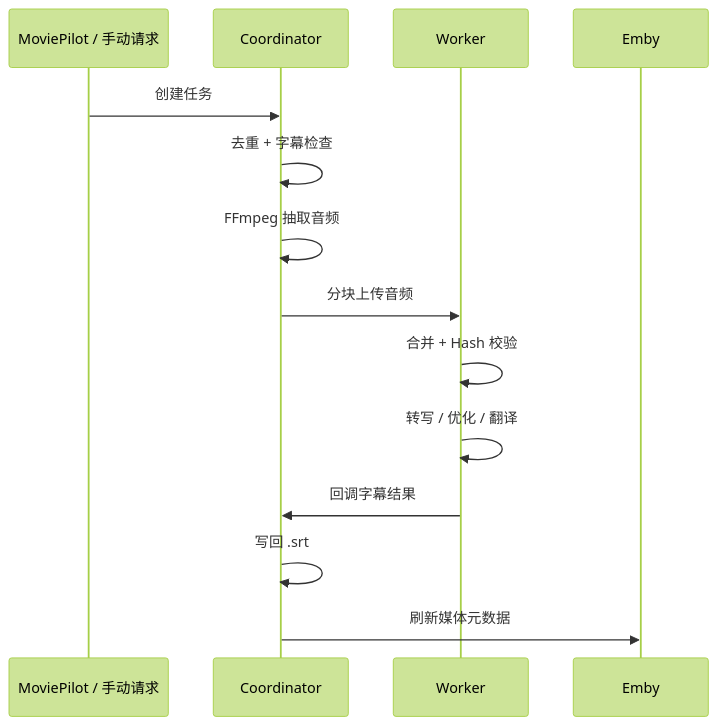
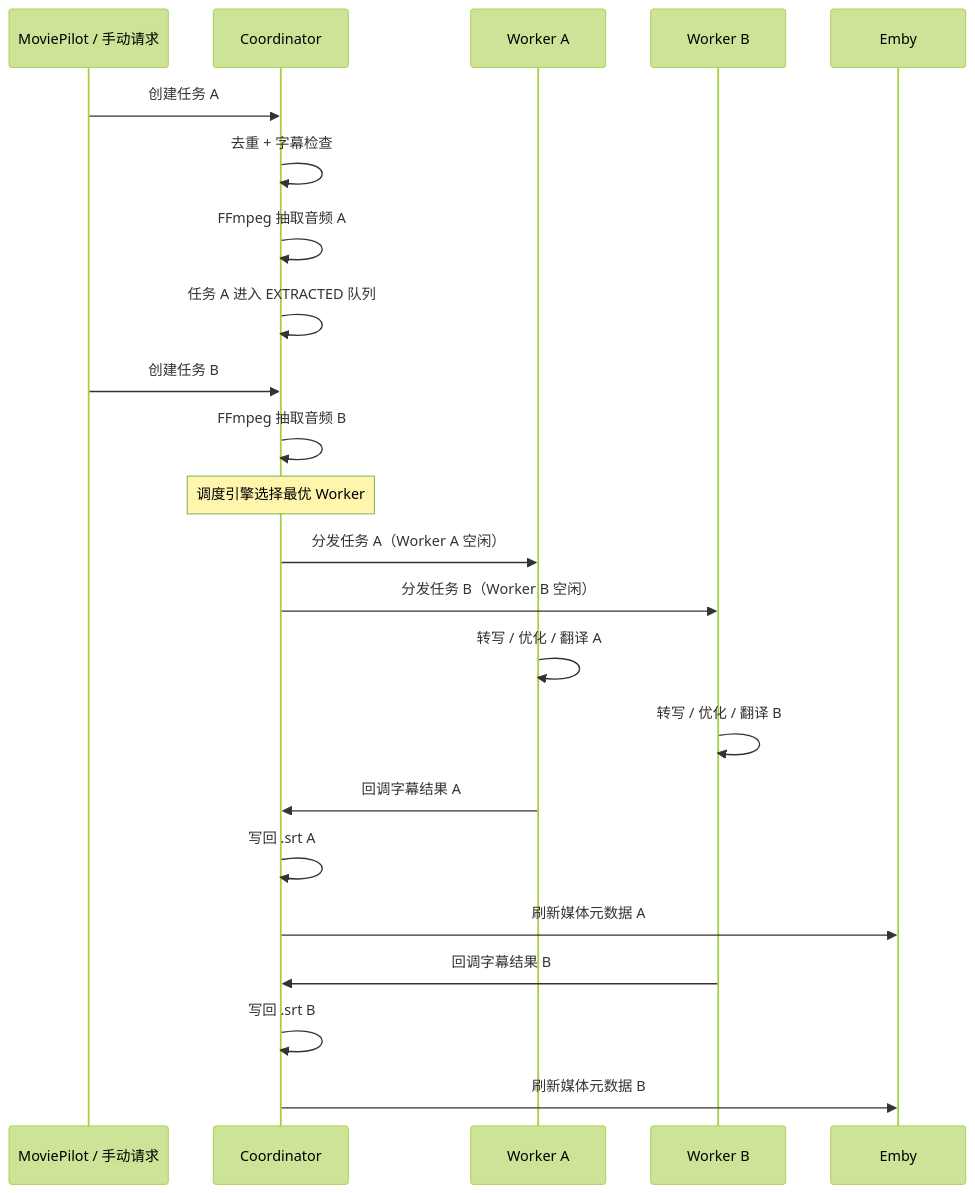
The second of 4 diagrams in docs/architecture.md (Magnoliar/SSUBB), drawn with Mermaid (forest theme) before and after one commit. The commit also changed other lines of this file and 29 other files, not shown here.

````diff
--- a/docs/architecture.md
+++ b/docs/architecture.md
@@ -101,17 +101,31 @@
 ```mermaid
 sequenceDiagram
     participant MP as MoviePilot / 手动请求
     participant C as Coordinator
-    participant W as Worker
+    participant WA as Worker A
+    participant WB as Worker B
     participant E as Emby
 
-    MP->>C: 创建任务
+    MP->>C: 创建任务 A
     C->>C: 去重 + 字幕检查
-    C->>C: FFmpeg 抽取音频
-    C->>W: 分块上传音频
-    W->>W: 合并 + Hash 校验
-    W->>W: 转写 / 优化 / 翻译
-    W->>C: 回调字幕结果
-    C->>C: 写回 .srt
-    C->>E: 刷新媒体元数据
+    C->>C: FFmpeg 抽取音频 A
+    C->>C: 任务 A 进入 EXTRACTED 队列
+
+    MP->>C: 创建任务 B
+    C->>C: FFmpeg 抽取音频 B
+
+    Note over C: 调度引擎选择最优 Worker
+    C->>WA: 分发任务 A（Worker A 空闲）
+    C->>WB: 分发任务 B（Worker B 空闲）
+
+    WA->>WA: 转写 / 优化 / 翻译 A
+    WB->>WB: 转写 / 优化 / 翻译 B
+
+    WA->>C: 回调字幕结果 A
+    C->>C: 写回 .srt A
+    C->>E: 刷新媒体元数据 A
+
+    WB->>C: 回调字幕结果 B
+    C->>C: 写回 .srt B
+    C->>E: 刷新媒体元数据 B
 ```
````
